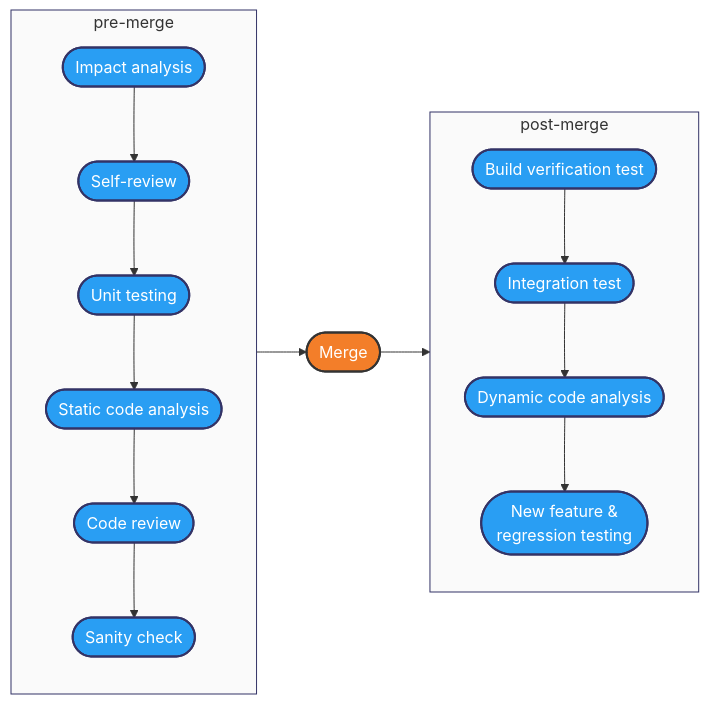
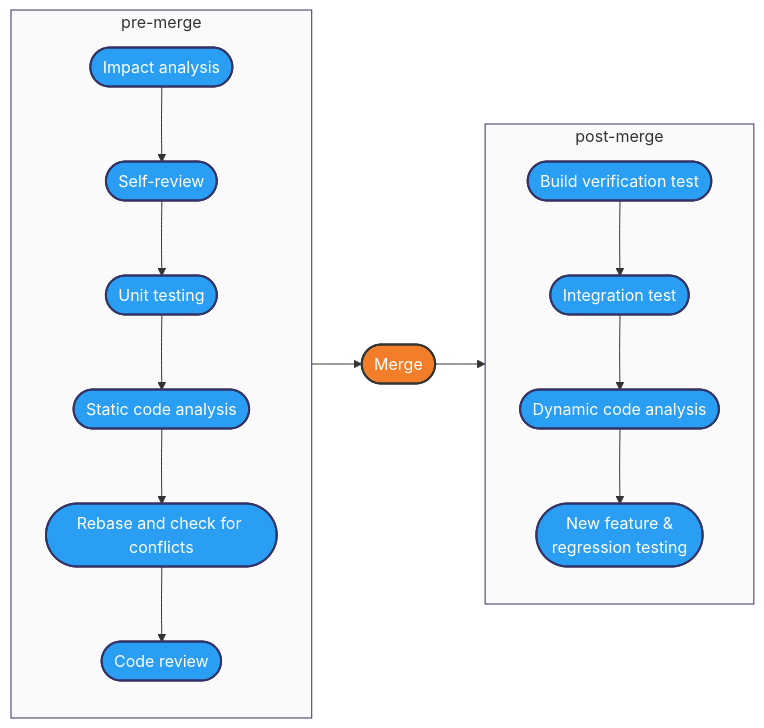
One commit to edinburgh-napier/SET09102 changed the diagram in notes/unit2_processes/workflow.md. Above: the diagram before and after it, drawn with Mermaid. The commit also changed other lines of this file and 2 other files, not shown here.

````diff
--- a/notes/unit2_processes/workflow.md
+++ b/notes/unit2_processes/workflow.md
@@ -45,20 +45,20 @@
 ``` mermaid
 graph LR
     subgraph pre-merge
       id1([Impact analysis]) -->id2([Self-review])
       id2 -->id3([Unit testing])
       id3 -->id4([Static code analysis])
-      id4 -->id5([Code review])
-      id5 -->id6([Sanity check])
+      id4 -->id5([Rebase and check for conflicts])
+      id5 -->id6([Code review])
       end
     pre-merge:::phase-->id7([Merge])
       id7:::commit -->post-merge:::phase
       subgraph post-merge
       id8([Build verification test]) -->id9([Integration test])
       id9 -->id10([Dynamic code analysis])
       id10 -->id12([New feature & \nregression testing])
       end
     classDef default fill:#299ef3,stroke:#333366,stroke-width:2px,color:#fff
     classDef commit fill:#f37e29,stroke:#333,stroke-width:2px,color:#fff
     classDef phase fill:#fafafa,stroke:#333366
 ```
````
